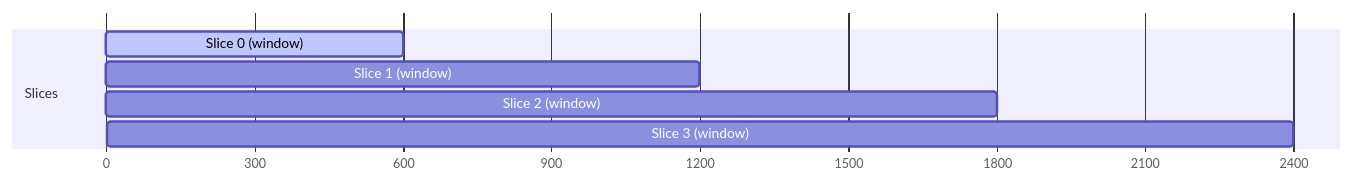
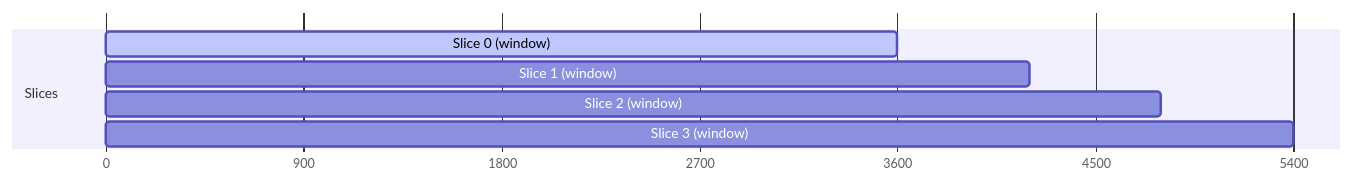
One commit to meshintentsprotocol/frontend changed the diagram in src/docs/content/intents/order-types/twap.md. Above: the diagram before and after it, drawn with Mermaid. The commit also changed other lines of this file and 16 other files, not shown here.

````diff
--- a/src/docs/content/intents/order-types/twap.md
+++ b/src/docs/content/intents/order-types/twap.md
@@ -15,10 +15,10 @@
-```mermaid title="Slice k opens at start + k·interval. Each slice fills or refunds on its own."
+```mermaid title="Slice k opens at start + k·interval (10 min here) and stays fillable for its window (1 h). Each slice fills or refunds on its own."
 gantt
     dateFormat X
     axisFormat %s
     section Slices
-    Slice 0 (window)   :active, s0, 0, 600
-    Slice 1 (window)   :s1, 600, 1200
-    Slice 2 (window)   :s2, 1200, 1800
-    Slice 3 (window)   :s3, 1800, 2400
+    Slice 0 (window)   :active, s0, 0, 3600
+    Slice 1 (window)   :s1, 600, 4200
+    Slice 2 (window)   :s2, 1200, 4800
+    Slice 3 (window)   :s3, 1800, 5400
 ```
````
